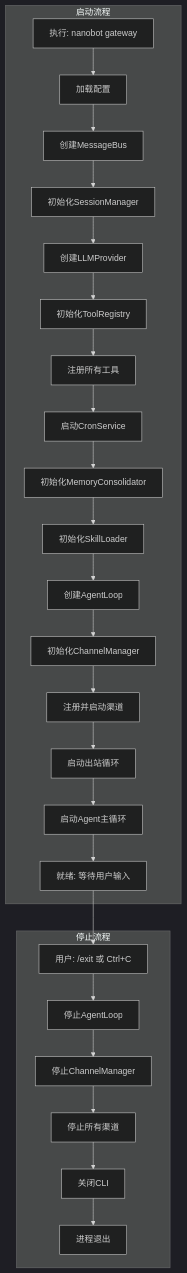
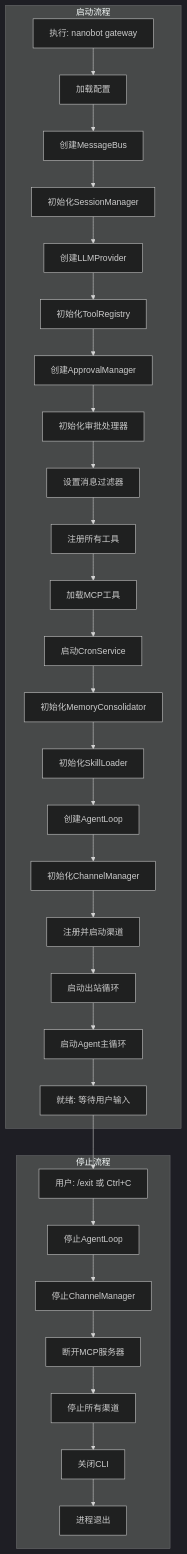
One commit to rzx007/nanobot-ts changed diagram 12 of 16 in docs/GATEWAY_MERMAID.md. Above: the diagram before and after it, drawn with Mermaid (dark theme). The commit also changed other lines of this file and 5 other files, not shown here.

````diff
--- a/docs/GATEWAY_MERMAID.md
+++ b/docs/GATEWAY_MERMAID.md
@@ -523,53 +754,63 @@
 ```mermaid
 graph TB
     subgraph 启动 [启动流程]
         Start[执行: nanobot gateway]
         LoadCfg[加载配置]
         InitMB[创建MessageBus]
         InitSM[初始化SessionManager]
         InitLP[创建LLMProvider]
         InitTR[初始化ToolRegistry]
+        InitAM[创建ApprovalManager]
+        InitHandlers[初始化审批处理器]
+        SetFilter[设置消息过滤器]
         RegTools[注册所有工具]
+        LoadMCP[加载MCP工具]
         InitCS[启动CronService]
         InitMC[初始化MemoryConsolidator]
         InitSL[初始化SkillLoader]
         InitAL[创建AgentLoop]
         InitCM[初始化ChannelManager]
         RegChannels[注册并启动渠道]
         StartOB[启动出站循环]
         StartAL[启动Agent主循环]
         Ready[就绪: 等待用户输入]
     end
 
     subgraph 停止 [停止流程]
         UserAction[用户: /exit 或 Ctrl+C]
         StopAL[停止AgentLoop]
         StopCM[停止ChannelManager]
+        StopMCP[断开MCP服务器]
         StopAll[停止所有渠道]
         CloseCLI[关闭CLI]
         Exit[进程退出]
     end
 
     Start --> LoadCfg
     LoadCfg --> InitMB
     InitMB --> InitSM
     InitSM --> InitLP
     InitLP --> InitTR
-    InitTR --> RegTools
-    RegTools --> InitCS
+    InitTR --> InitAM
+    InitAM --> InitHandlers
+    InitHandlers --> SetFilter
+    SetFilter --> RegTools
+    RegTools --> LoadMCP
+    LoadMCP --> InitCS
     InitCS --> InitMC
     InitMC --> InitSL
     InitSL --> InitAL
     InitAL --> InitCM
     InitCM --> RegChannels
     RegChannels --> StartOB
     StartOB --> StartAL
     StartAL --> Ready
 
     Ready --> UserAction
     UserAction --> StopAL
     StopAL --> StopCM
-    StopCM --> StopAll
+    StopCM --> StopMCP
+    StopMCP --> StopAll
     StopAll --> CloseCLI
     CloseCLI --> Exit
 ```
````
